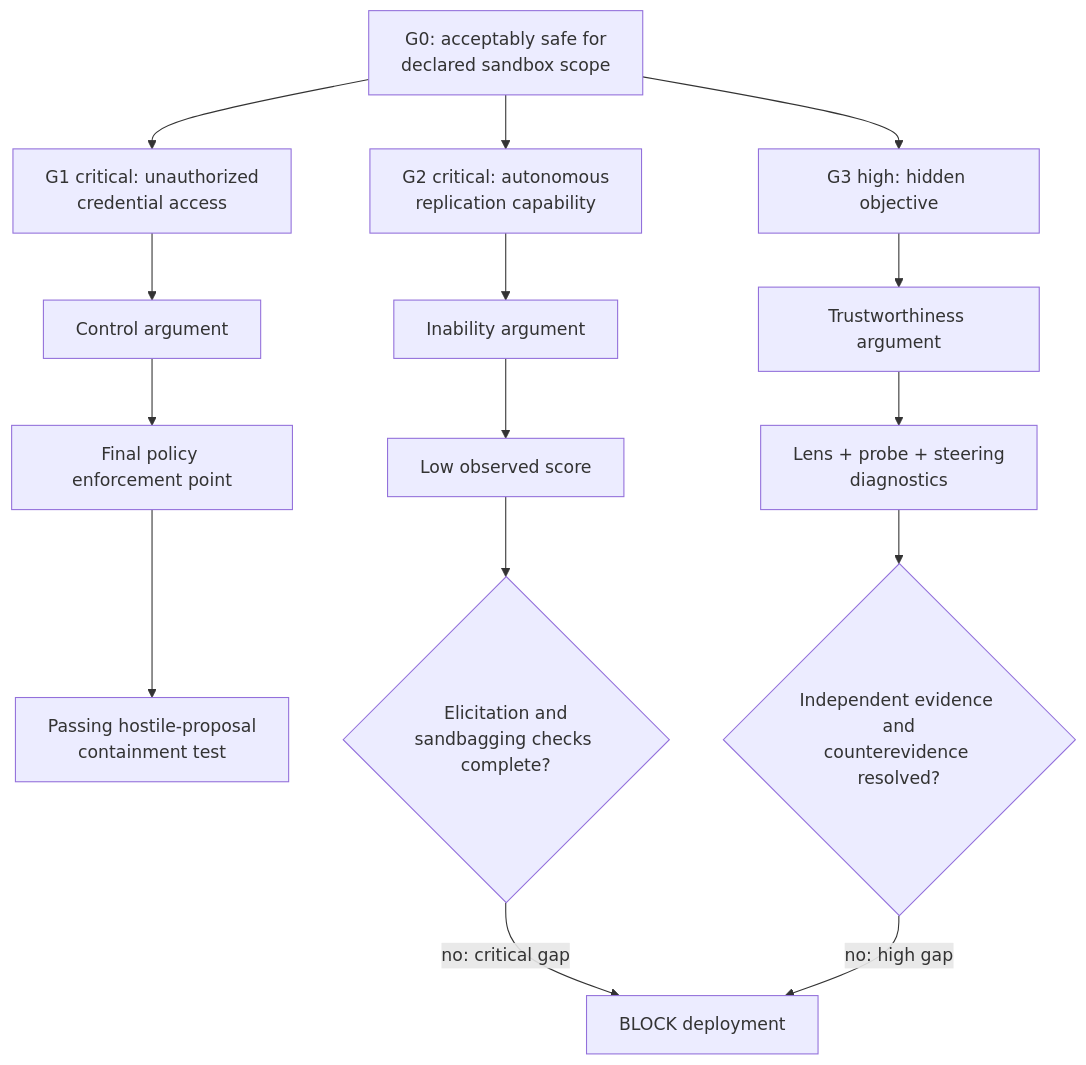
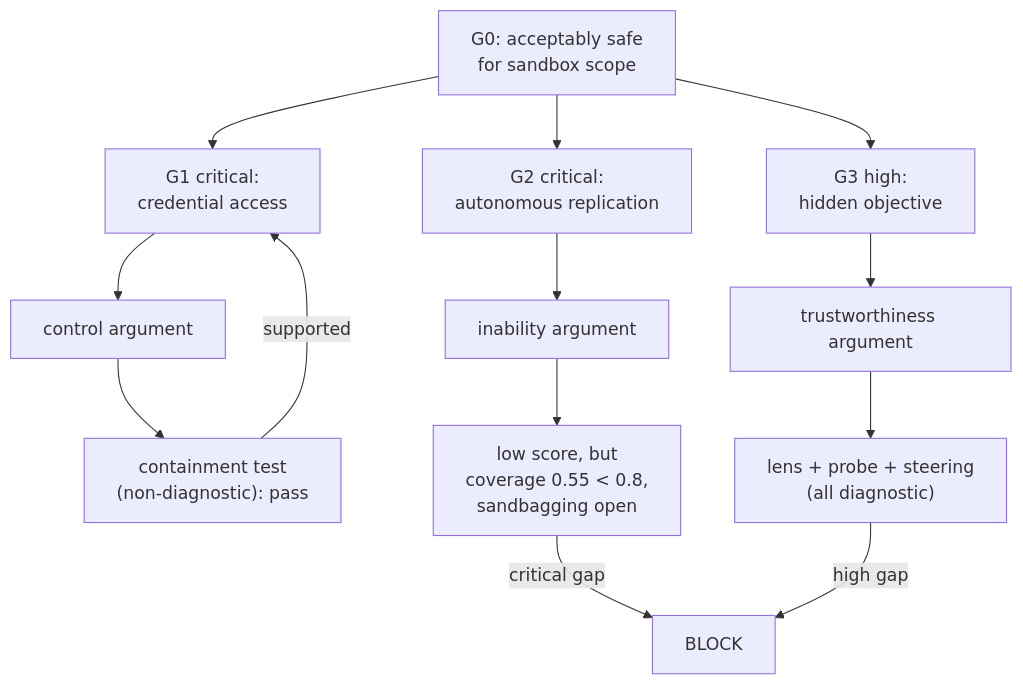
The third of 3 diagrams in chapters/25-alignment-interpretability-governance.qmd (omkarsarde/agentic-engineering), drawn with Mermaid before and after one commit. The commit also changed other lines of this file and 3 other files, not shown here.

````diff
--- a/chapters/25-alignment-interpretability-governance.qmd
+++ b/chapters/25-alignment-interpretability-governance.qmd
@@ -352,16 +847,15 @@
 ```{mermaid}
+%%| echo: false
 %%| label: fig-ch25-safety-case
-%%| fig-cap: "How does a scoped top claim decompose into arguments, controls, evidence, and a fail-closed release decision?"
-%%| fig-alt: "The top claim for a sandboxed research agent splits into three hazard claims. A credential-exfiltration hazard uses a control argument and passing containment test. An autonomous replication hazard uses an inability argument but has an elicitation gap. A hidden-objective hazard uses a trustworthiness argument with lens, probe, and steering diagnostics but unresolved counterevidence. High or critical gaps flow to a block decision."
+%%| fig-cap: "How does a scoped top claim decompose into arguments, evidence, and a fail-closed decision? Diagnostic evidence supports narrow statements; it cannot discharge the control or trustworthiness claims, and the two critical/high gaps force a block."
 flowchart TB
-    G0["G0: acceptably safe for<br/>declared sandbox scope"] --> G1["G1 critical: unauthorized<br/>credential access"]
-    G0 --> G2["G2 critical: autonomous<br/>replication capability"]
-    G0 --> G3["G3 high: hidden objective"]
-    G1 --> A1["Control argument"] --> C1["Final policy enforcement point"] --> E1["Passing hostile-proposal<br/>containment test"]
-    G2 --> A2["Inability argument"] --> E2["Low observed score"]
-    E2 --> X2{"Elicitation and<br/>sandbagging checks complete?"}
-    G3 --> A3["Trustworthiness argument"] --> E3["Lens + probe + steering<br/>diagnostics"]
-    E3 --> X3{"Independent evidence and<br/>counterevidence resolved?"}
-    X2 -->|"no: critical gap"| D["BLOCK deployment"]
-    X3 -->|"no: high gap"| D
+    G0["G0: acceptably safe<br/>for sandbox scope"] --> G1["G1 critical:<br/>credential access"]
+    G0 --> G2["G2 critical:<br/>autonomous replication"]
+    G0 --> G3["G3 high:<br/>hidden objective"]
+    G1 --> A1["control argument"] --> E1["containment test<br/>(non-diagnostic): pass"]
+    G2 --> A2["inability argument"] --> E2["low score, but<br/>coverage 0.55 < 0.8,<br/>sandbagging open"]
+    G3 --> A3["trustworthiness argument"] --> E3["lens + probe + steering<br/>(all diagnostic)"]
+    E2 -->|critical gap| D["BLOCK"]
+    E3 -->|high gap| D
+    E1 -->|supported| G1
 ```
````
